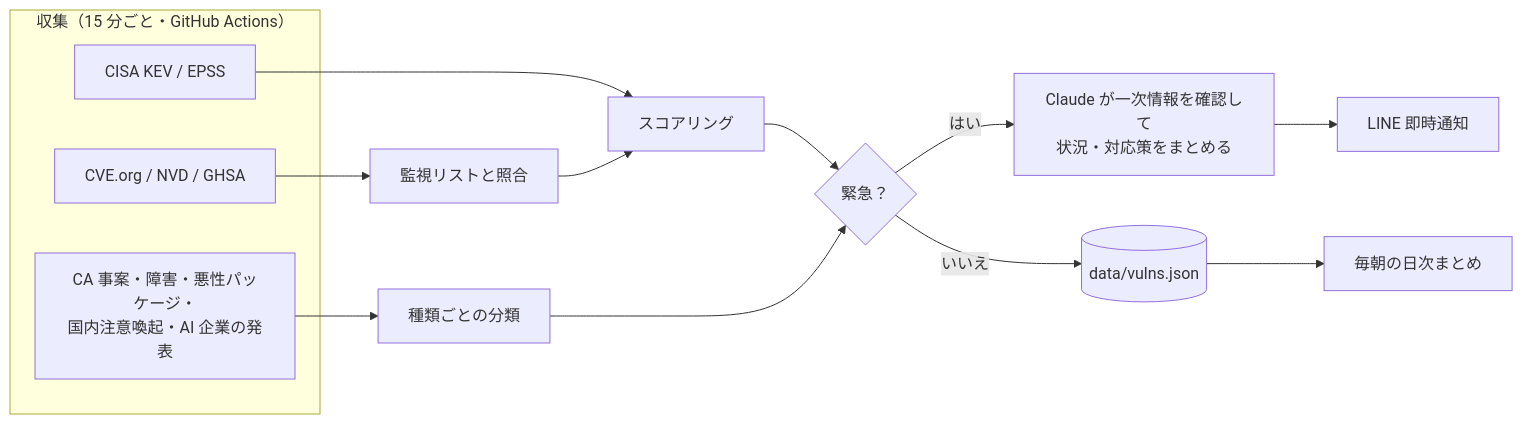
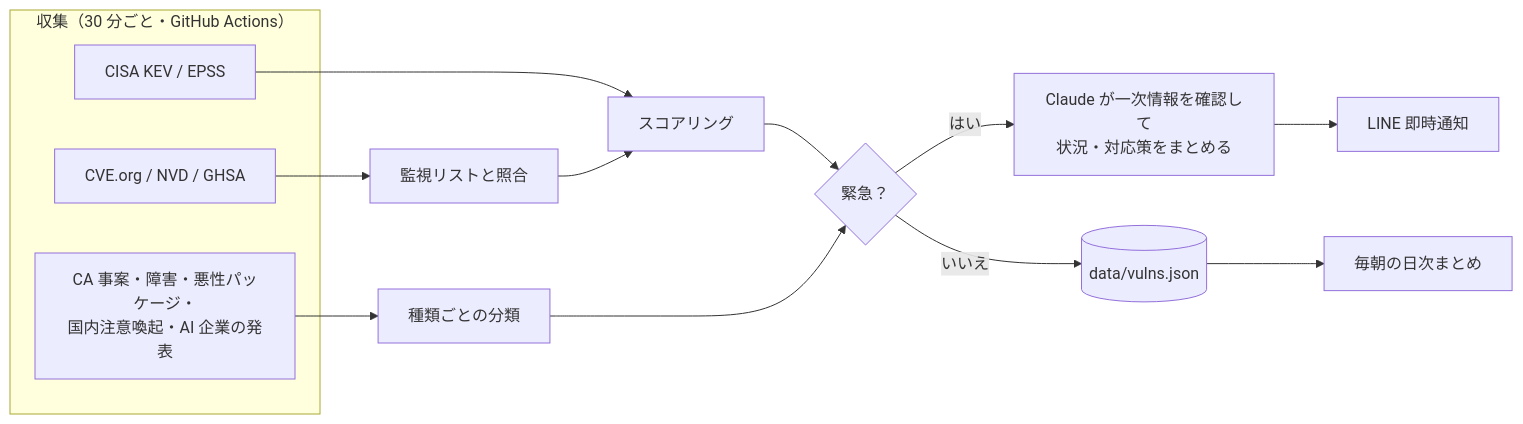
Before and after one commit to picnic-days/noroshi: the diagram in README.md, drawn with Mermaid. The commit also changed other lines of this file and 1 other file, not shown here.

First line of the commit message:
定期実行を 30 分ごと（毎時 17・47 分）にし、README を実態に合わせる

````diff
--- a/README.md
+++ b/README.md
@@ -82,16 +82,16 @@
 ```mermaid
 flowchart LR
-  subgraph 収集["収集（15 分ごと・GitHub Actions）"]
+  subgraph 収集["収集（30 分ごと・GitHub Actions）"]
     A[CVE.org / NVD / GHSA]
     B[CISA KEV / EPSS]
     C[CA 事案・障害・悪性パッケージ・<br>国内注意喚起・AI 企業の発表]
   end
   A --> M[監視リストと照合]
   B --> S
   M --> S[スコアリング]
   C --> L[種類ごとの分類]
   S --> J{緊急？}
   L --> J
   J -- はい --> AI[Claude が一次情報を確認して<br>状況・対応策をまとめる] --> LINE1[LINE 即時通知]
   J -- いいえ --> D[(data/vulns.json)] --> LINE2[毎朝の日次まとめ]
 ```
````
